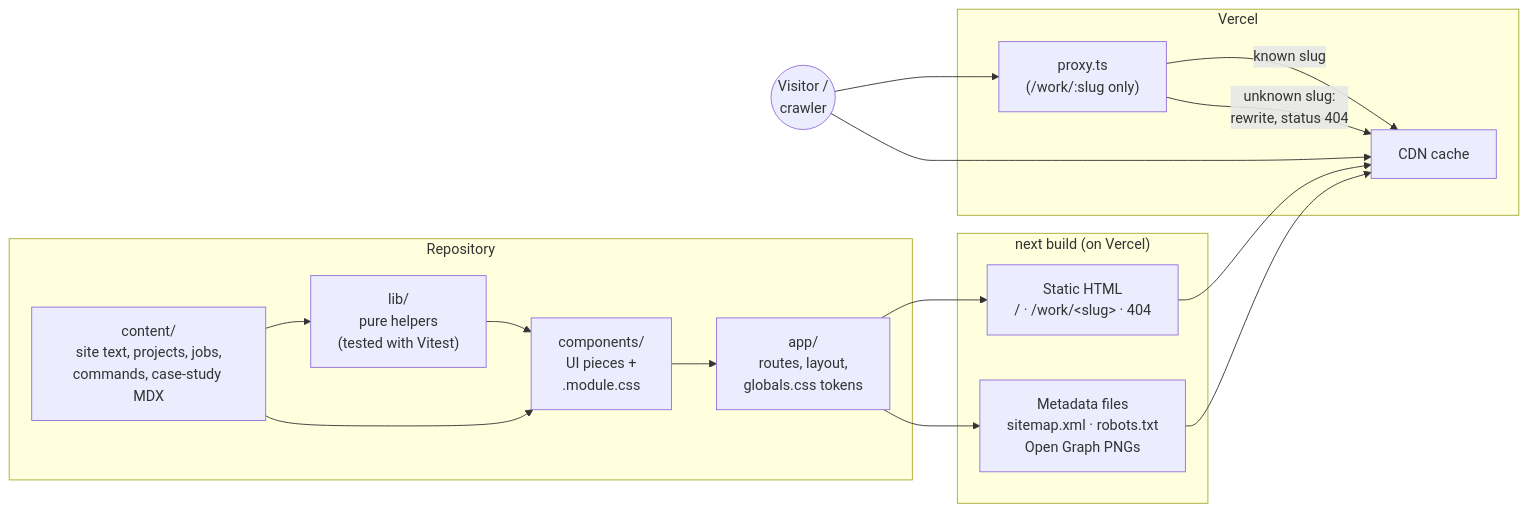
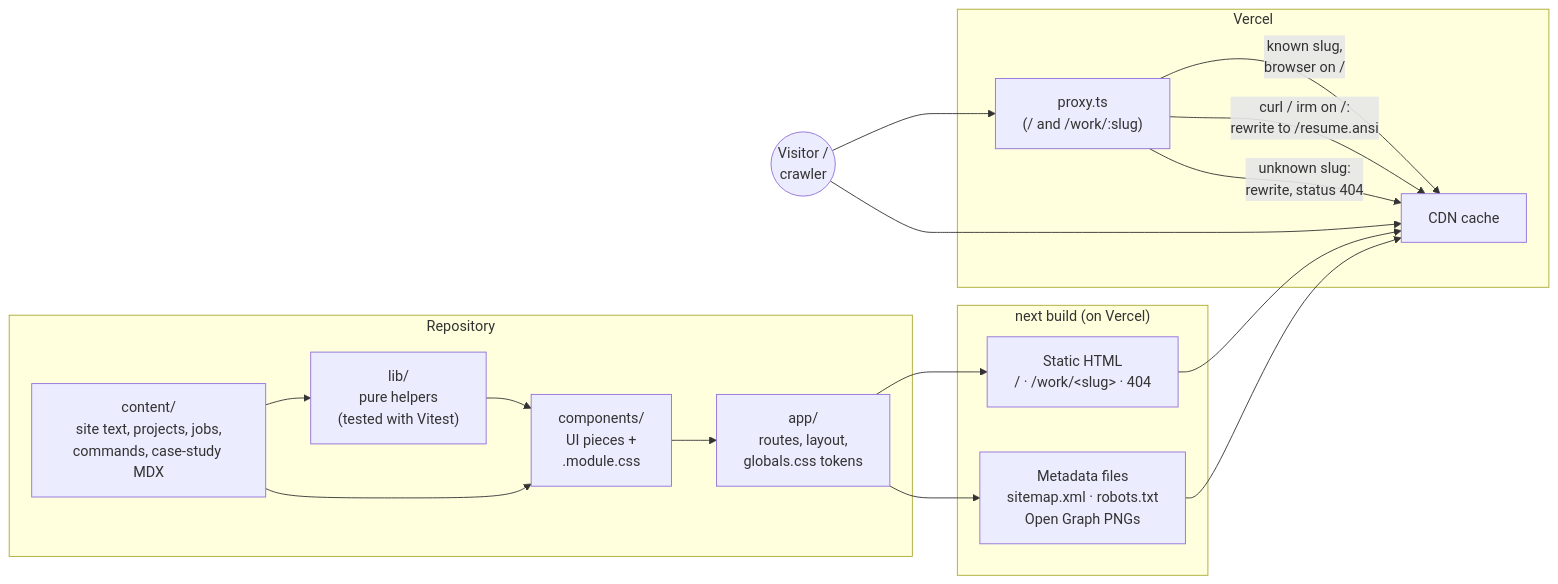
Before and after one commit to sam-mishin/sam-portfolio: the first of 2 diagrams in docs/ARCHITECTURE.md, drawn with Mermaid. The commit also changed other lines of this file and 31 other files, not shown here.

First line of the commit message:
curl résumé, /resume.txt, /llms.txt and a print stylesheet

````diff
--- a/docs/ARCHITECTURE.md
+++ b/docs/ARCHITECTURE.md
@@ -9,31 +9,32 @@
 ```mermaid
 flowchart LR
   subgraph Source["Repository"]
     content["content/<br/>site text, projects, jobs,<br/>commands, case-study MDX"]
     lib["lib/<br/>pure helpers<br/>(tested with Vitest)"]
     components["components/<br/>UI pieces +<br/>.module.css"]
     app["app/<br/>routes, layout,<br/>globals.css tokens"]
     content --> lib --> components --> app
     content --> components
   end
 
   subgraph Build["next build (on Vercel)"]
     pages["Static HTML<br/>/ · /work/&lt;slug&gt; · 404"]
     meta["Metadata files<br/>sitemap.xml · robots.txt<br/>Open Graph PNGs"]
   end
 
   app --> pages
   app --> meta
 
   subgraph Edge["Vercel"]
-    proxy["proxy.ts<br/>(/work/:slug only)"]
+    proxy["proxy.ts<br/>(/ and /work/:slug)"]
     cdn["CDN cache"]
   end
 
   visitor(("Visitor /<br/>crawler")) --> proxy
-  proxy -- "known slug" --> cdn
+  proxy -- "known slug,<br/>browser on /" --> cdn
+  proxy -- "curl / irm on /:<br/>rewrite to /resume.ansi" --> cdn
   proxy -- "unknown slug:<br/>rewrite, status 404" --> cdn
   visitor --> cdn
   pages --> cdn
   meta --> cdn
 ```
````
